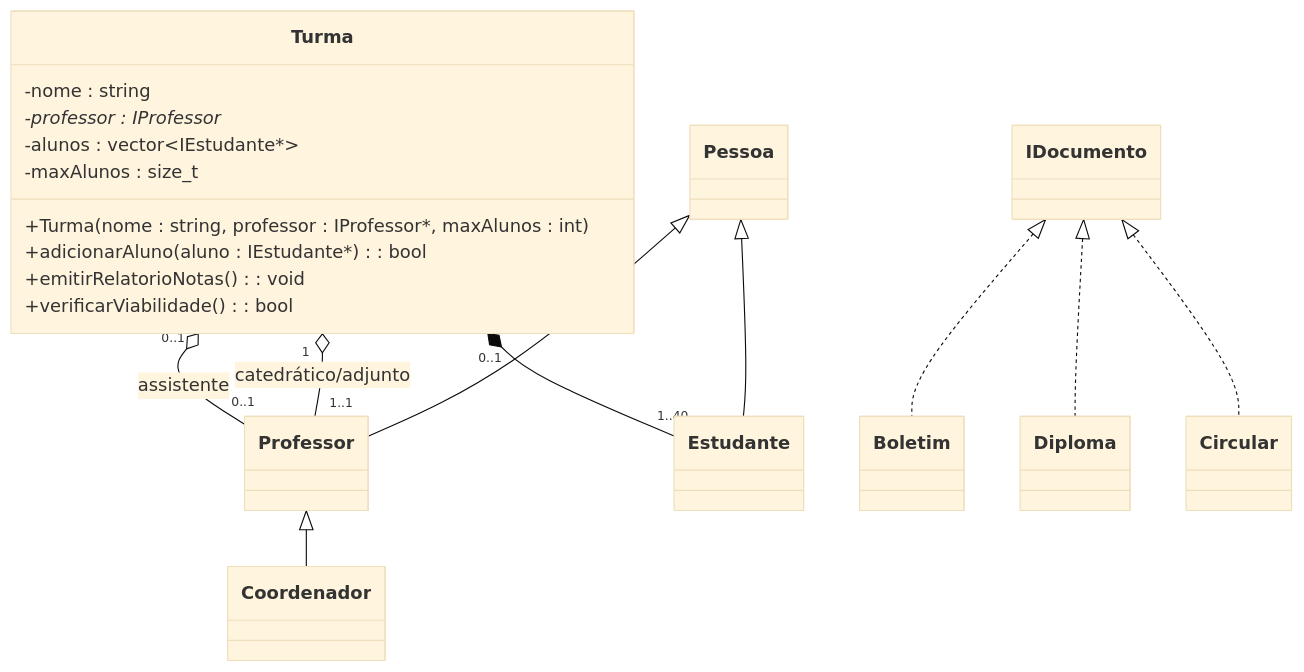
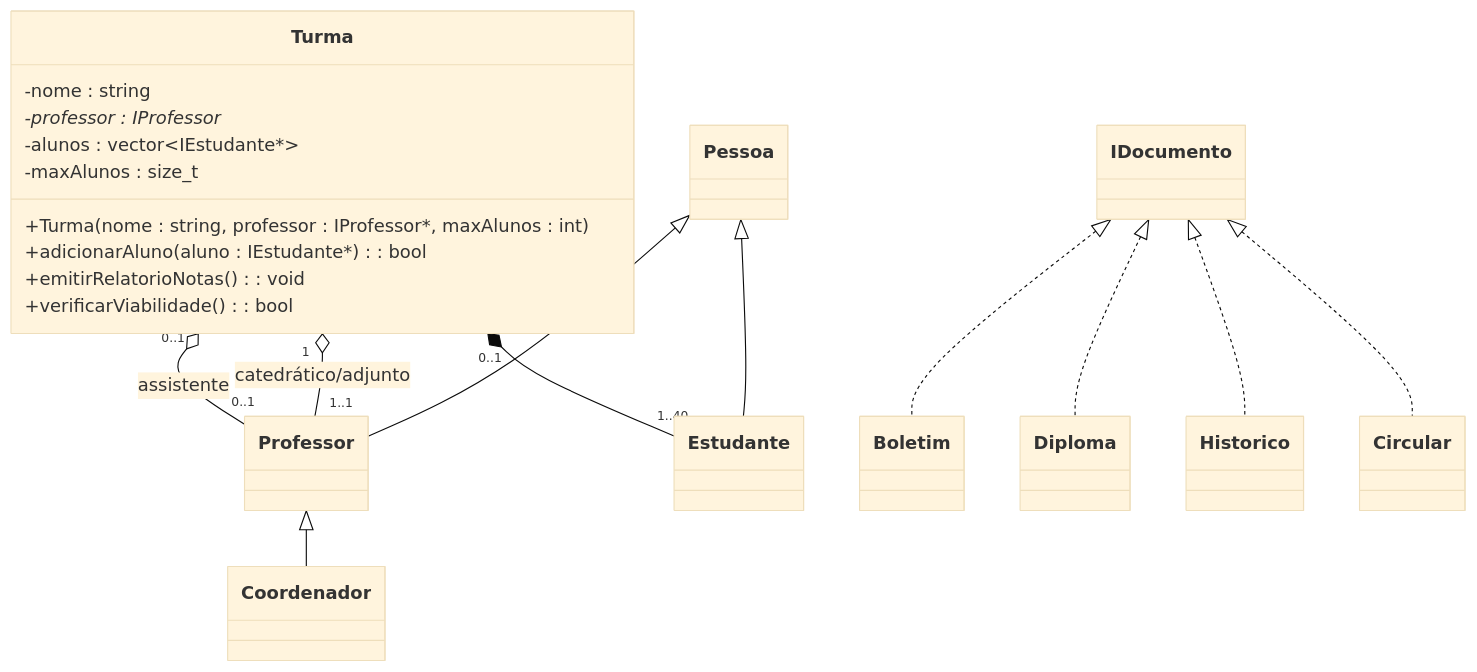
The diagram in docs/diagrama_de_classe.mermaid (educsantos/sga), drawn with Mermaid (base theme) before and after one commit.

Commit message:
Acrescentei a classe Histórico no diagrama de classe.

```diff
--- a/docs/diagrama_de_classe.mermaid
+++ b/docs/diagrama_de_classe.mermaid
@@ -1,30 +1,31 @@
 classDiagram
 
 Pessoa <|-- Professor
 Pessoa <|-- Estudante
 Professor <|-- Coordenador
 Turma "1" o-- "1..1" Professor : catedrático/adjunto
 Turma "0..1" o-- "0..1" Professor : assistente
 Turma "0..1" *-- "1..40" Estudante
 
 %% Comentário: Uma turma é considerada viável se tiver pelo menos 20 estudantes matriculados.
   %% Essa lógica será implementada no método verificarViabilidade() da classe Turma.
 
 %% Documentos do Estudante
 IDocumento <|.. Boletim
 IDocumento <|.. Diploma
+IDocumento <|.. Historico
 
 %% Documentos Institucionais
 IDocumento <|.. Circular
 
 
     class Turma {
         -nome : string
         -professor : IProfessor*
         -alunos : vector~IEstudante*~
         -maxAlunos : size_t
         +Turma(nome : string, professor : IProfessor*, maxAlunos : int)
         +adicionarAluno(aluno : IEstudante*) : bool
         +emitirRelatorioNotas() : void
 	+verificarViabilidade() : bool
     }
```
